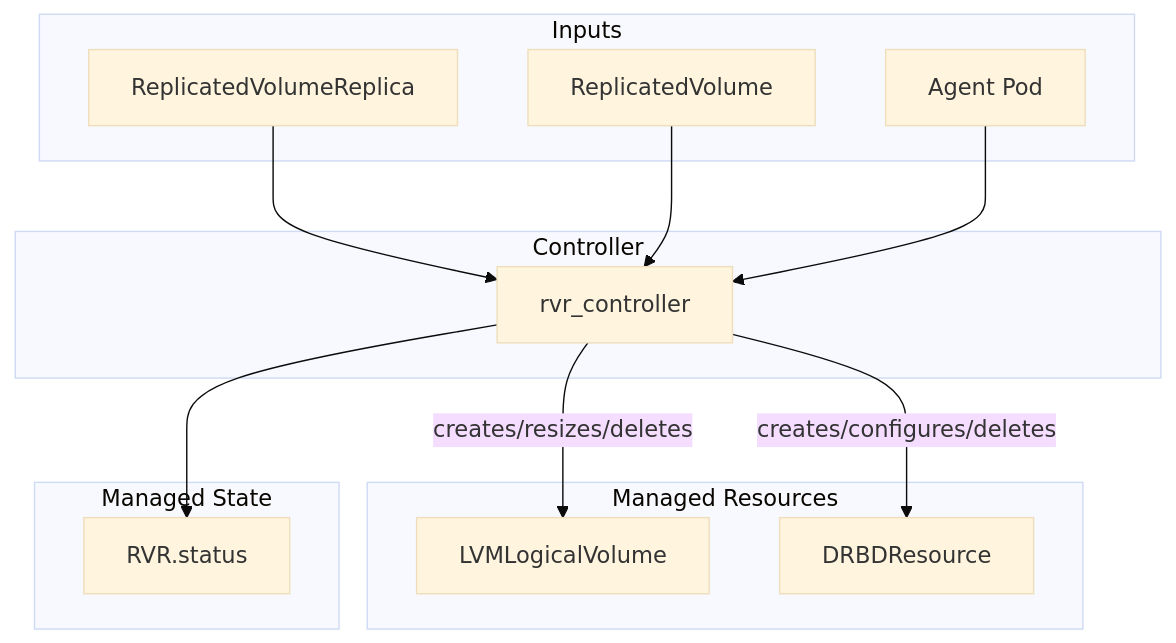
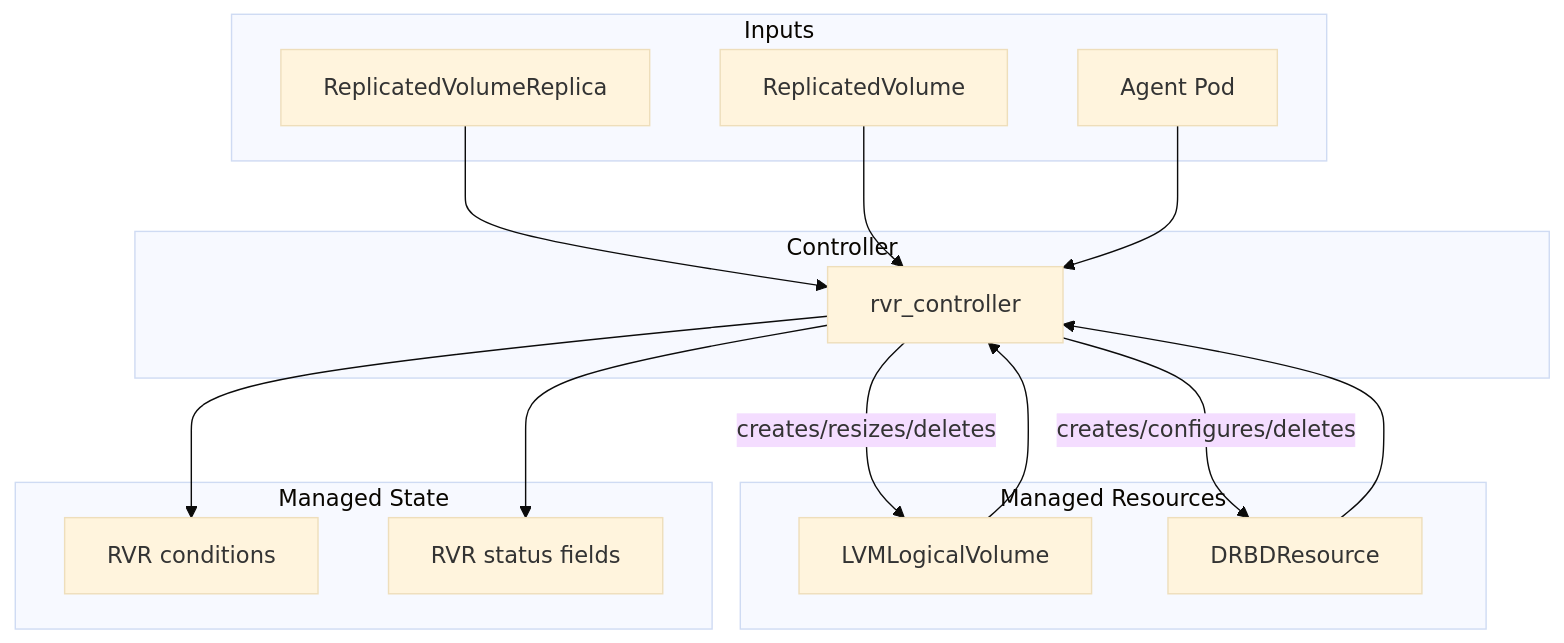
Before and after one commit to deckhouse/sds-replicated-volume: the second of 2 diagrams in images/controller/README.md, drawn with Mermaid (base theme). The commit also changed other lines of this file and 11 other files, not shown here.

First line of the commit message:
[rvr_controller] Implement RVR status reporting for attachment, peers, sync, and quorum

````diff
--- a/images/controller/README.md
+++ b/images/controller/README.md
@@ -75,28 +75,32 @@
 ```mermaid
 flowchart TB
     subgraph inputs [Inputs]
         RVR[ReplicatedVolumeReplica]
         RV[ReplicatedVolume]
         AgentPod[Agent Pod]
     end
 
     subgraph controller [Controller]
         RVRCtrl[rvr_controller]
     end
 
     subgraph managed [Managed Resources]
         LLV[LVMLogicalVolume]
         DRBDR[DRBDResource]
     end
 
     subgraph status [Managed State]
-        RVRStatus[RVR.status]
+        Conditions[RVR conditions]
+        StatusFields[RVR status fields]
     end
 
     RVR --> RVRCtrl
     RV --> RVRCtrl
     AgentPod --> RVRCtrl
+    LLV --> RVRCtrl
+    DRBDR --> RVRCtrl
     RVRCtrl -->|creates/resizes/deletes| LLV
     RVRCtrl -->|creates/configures/deletes| DRBDR
-    RVRCtrl --> RVRStatus
+    RVRCtrl --> Conditions
+    RVRCtrl --> StatusFields
 ```
````
